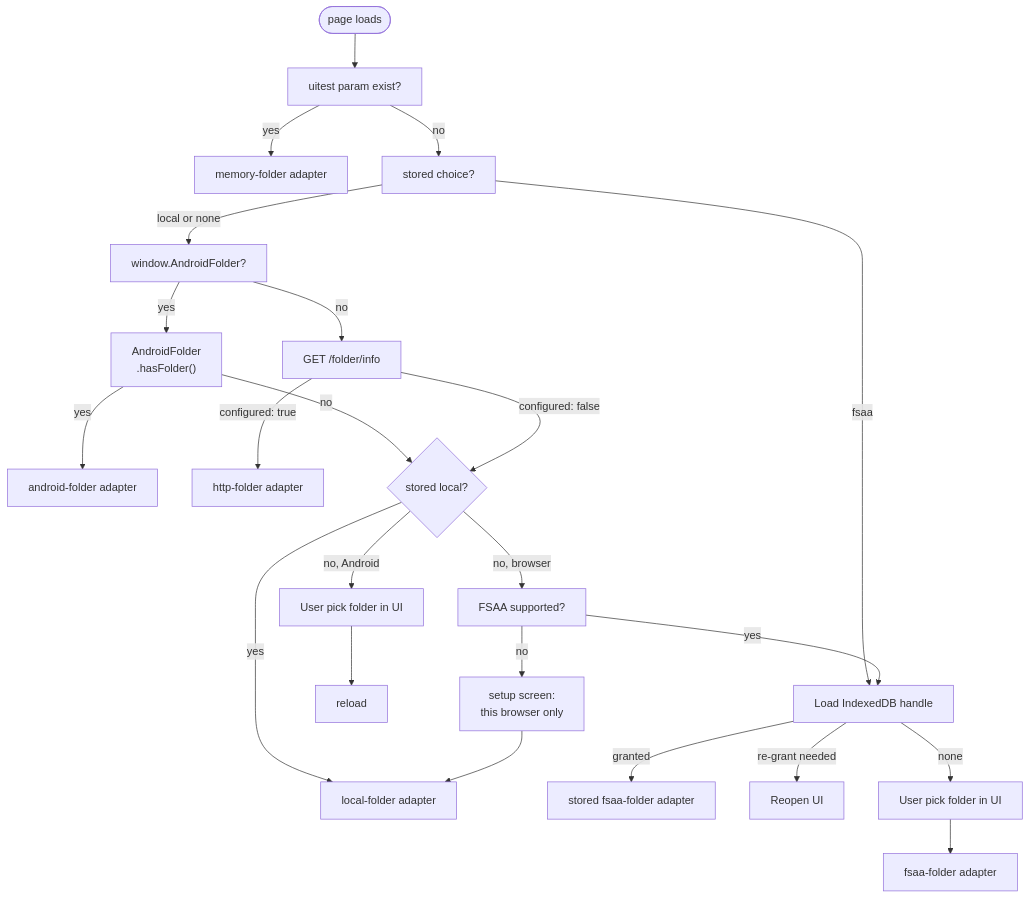
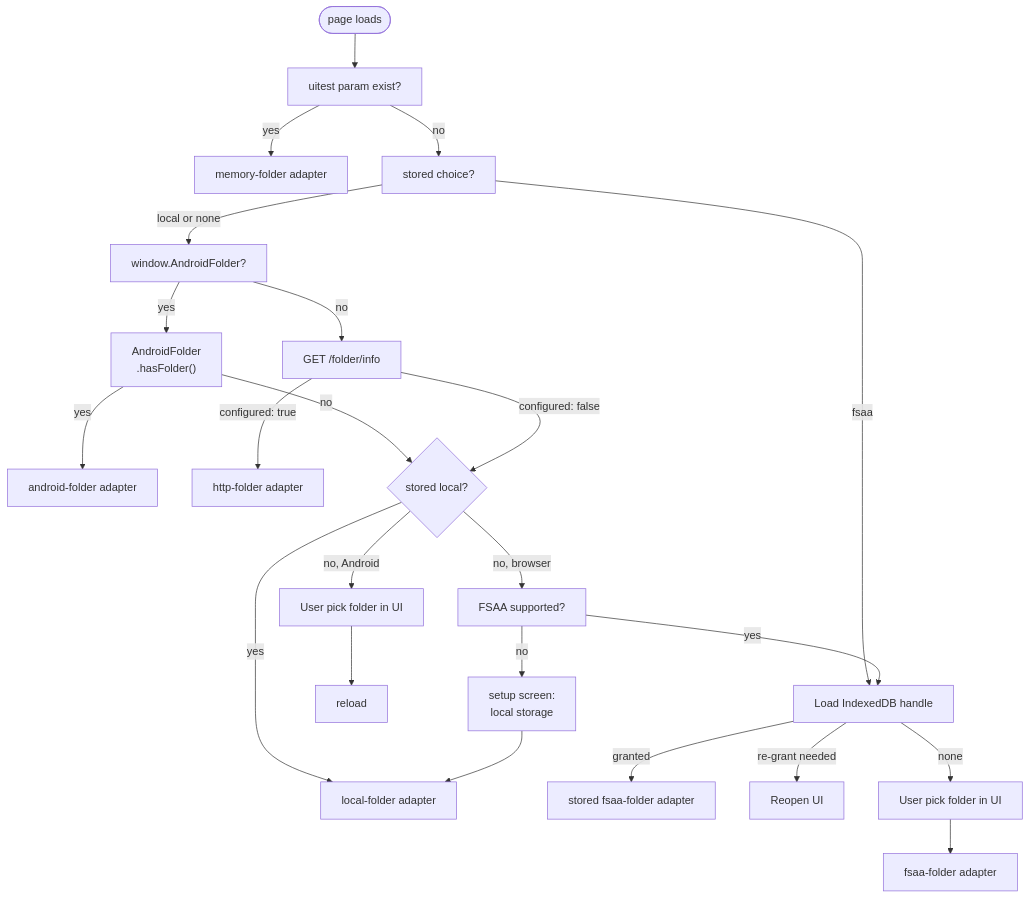
Before and after one commit to tuannamtruong/checklist_app: the diagram in docs/architecture.md, drawn with Mermaid. The commit also changed other lines of this file and 11 other files, not shown here.

````diff
--- a/docs/architecture.md
+++ b/docs/architecture.md
@@ -104,33 +105,33 @@
 ```mermaid
 flowchart TD
     S([page loads]) --> S1[uitest param exist?]
     S1 -->|yes| S2A[memory-folder adapter]
     S1 -->|no| S2M[stored choice?]
 
     S2M -->|fsaa| S5B["Load IndexedDB handle"]
     S2M -->|local or none| S2B[window.AndroidFolder?]
 
     S2B -->|yes| S3A["AndroidFolder<br/>.hasFolder()"]
     S2B -->|no| S3B["GET /folder/info"]
 
     S3A -->|yes| S4A["android-folder adapter"]
     S3B -->|configured: true| S4C["http-folder adapter"]
 
     S3A -->|no| S3C{stored local?}
     S3B -->|configured: false| S3C
 
     S3C -->|yes| S3L[local-folder adapter]
     S3C -->|"no, Android"| S4B["User pick folder in UI"]
     S3C -->|"no, browser"| S4D["FSAA supported?"]
 
     S4B -->S5A["reload"]
     S4D -->|yes| S5B
-    S4D -->|no| S5C["setup screen:<br/>this browser only"]
+    S4D -->|no| S5C["setup screen:<br/>local storage"]
 
     S5B -->|granted| S6A["stored fsaa-folder adapter"]
     S5B -->|re-grant needed| S6B["Reopen UI"]
     S5B -->|none| S6C["User pick folder in UI"]
 
     S5C -->S3L
     S6C -->S7A["fsaa-folder adapter"]
 ```
````
